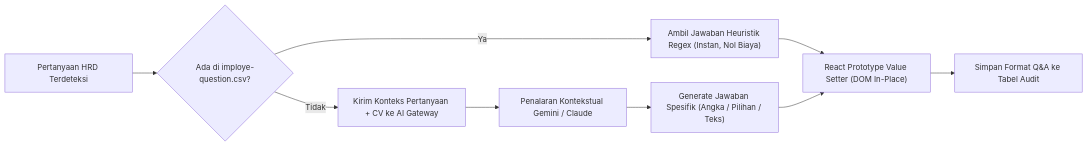
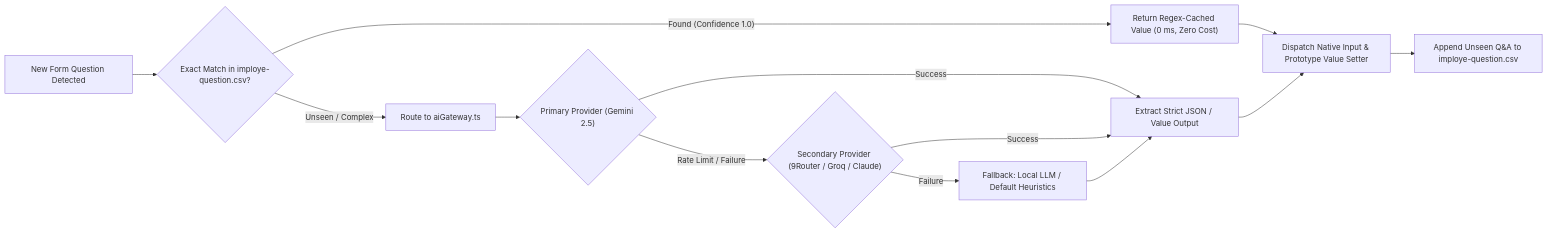
The third of 4 diagrams in README.md (denycode-dev/Bot-Lempar-Jaring-Loker), drawn with Mermaid before and after one commit. The commit also changed other lines of this file and 14 other files, not shown here.

````diff
--- a/README.md
+++ b/README.md
@@ -235,11 +192,18 @@
 ```mermaid
 flowchart LR
-    Q["Pertanyaan HRD Terdeteksi"] --> Cache{"Ada di imploye-question.csv?"}
-    Cache -- "Ya" --> Match["Ambil Jawaban Heuristik Regex (Instan, Nol Biaya)"]
-    Cache -- "Tidak" --> AI["Kirim Konteks Pertanyaan + CV ke AI Gateway"]
-    AI --> Reason["Penalaran Kontekstual Gemini / Claude"]
-    Reason --> Answer["Generate Jawaban Spesifik (Angka / Pilihan / Teks)"]
-    Match --> Inject["React Prototype Value Setter (DOM In-Place)"]
-    Answer --> Inject
-    Inject --> Record["Simpan Format Q&A ke Tabel Audit"]
+    DetectQ["New Form Question Detected"] --> Q1{"Exact Match in imploye-question.csv?"}
+
+    Q1 -- "Found (Confidence 1.0)" --> CacheAnswer["Return Regex-Cached Value (0 ms, Zero Cost)"]
+    Q1 -- "Unseen / Complex" --> AIGatewayRouter["Route to aiGateway.ts"]
+
+    AIGatewayRouter --> PrimaryAI{"Primary Provider (Gemini 2.5)"}
+    PrimaryAI -- "Success" --> ParseAI["Extract Strict JSON / Value Output"]
+    PrimaryAI -- "Rate Limit / Failure" --> FallbackAI{"Secondary Provider (9Router / Groq / Claude)"}
+    FallbackAI -- "Success" --> ParseAI
+    FallbackAI -- "Failure" --> LocalOllama["Fallback: Local LLM / Default Heuristics"]
+    LocalOllama --> ParseAI
+
+    CacheAnswer --> InjectValue["Dispatch Native Input & Prototype Value Setter"]
+    ParseAI --> InjectValue
+    InjectValue --> AuditLog["Append Unseen Q&A to imploye-question.csv"]
 ```
````
